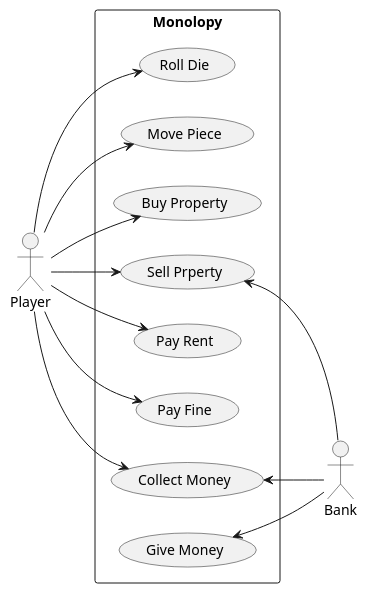
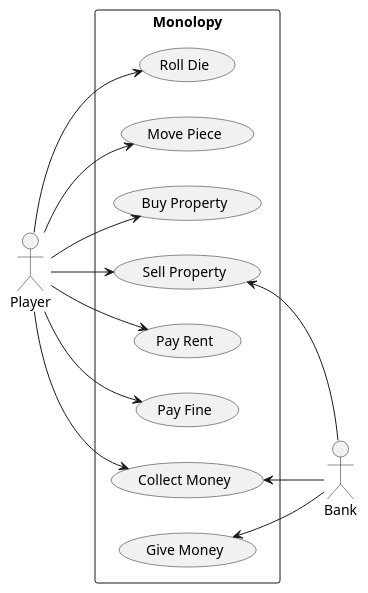
Before and after one commit to CDIO-gruppe-13/CDIO-del.-3: the diagram in diagrams/use_case_diagram.wsd, drawn with PlantUML. The commit also changed 1 other file, not shown here.

```diff
--- a/diagrams/use_case_diagram.wsd
+++ b/diagrams/use_case_diagram.wsd
@@ -1,26 +1,26 @@
 @startuml use_case_diagram
 left to right direction
 actor "Player" as P
 actor "Bank" as B
 
 rectangle Monolopy {
     usecase "Roll Die" as rd
     usecase "Move Piece" as mp
     usecase "Buy Property" as bp
-    usecase "Sell Prperty" as sp
+    usecase "Sell Property" as sp
     usecase "Pay Rent" as pr
     usecase "Pay Fine" as pf
     usecase "Collect Money" as cm
     usecase "Give Money" as gm
 }
 P --> rd
 P --> mp
 P --> bp
 P --> sp
 P --> pr
 P --> pf
 P --> cm
 cm <-- B
 gm <-- B
 sp <-- B
 @enduml
```
